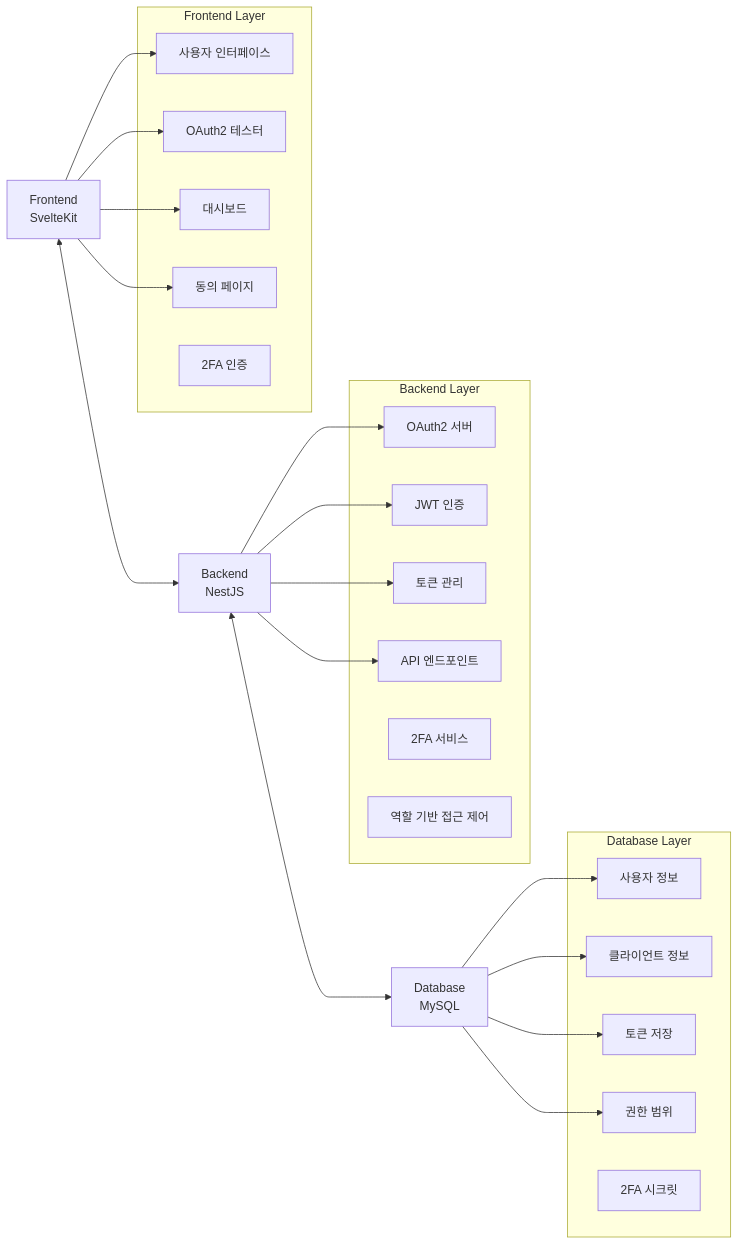
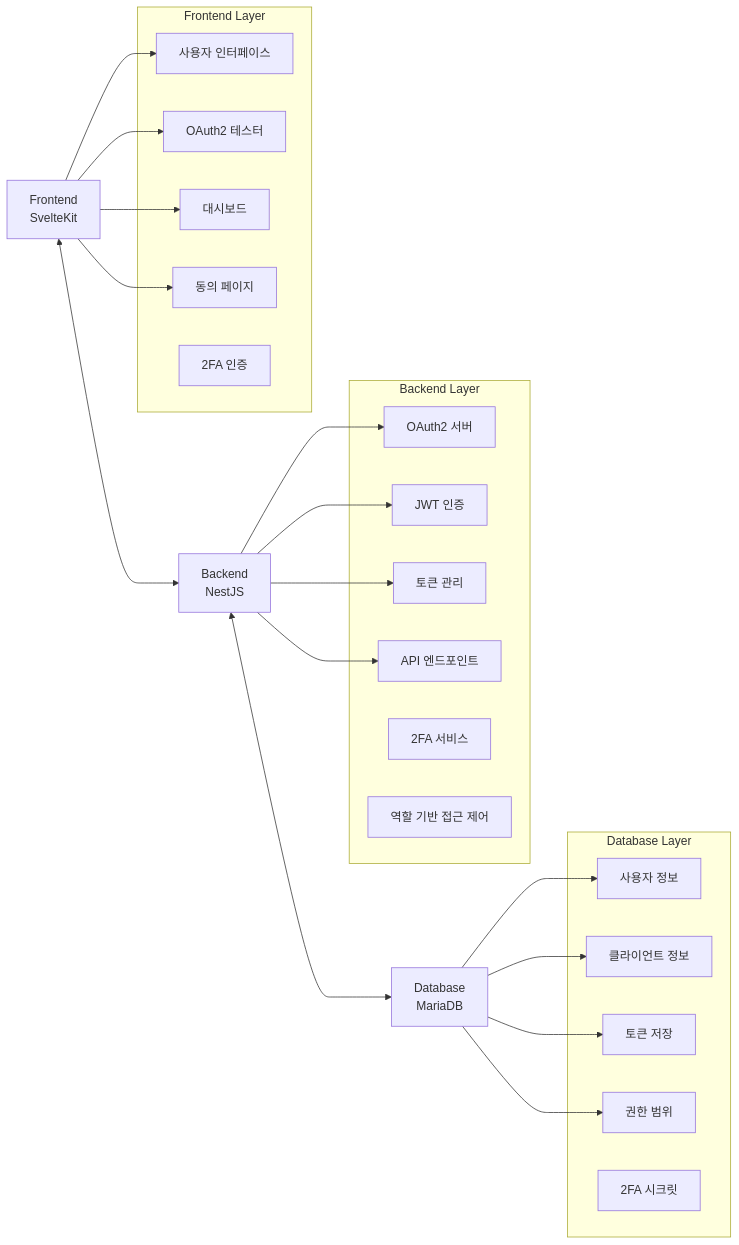
One commit to vientofactory/FlowAuth changed the diagram in README.md. Above: the diagram before and after it, drawn with Mermaid. The commit also changed other lines of this file and 2 other files, not shown here.

Commit message:
Update README to reflect Docker support and database changes; add docker-compose files for development setup; update subproject commit references for backend and frontend

````diff
--- a/README.md
+++ b/README.md
@@ -32,49 +32,49 @@
 ```mermaid
 flowchart LR
    FE[Frontend<br/>SvelteKit]
    BE[Backend<br/>NestJS]
-   DB[Database<br/>MySQL]
+   DB[Database<br/>MariaDB]
 
    FE <--> BE
    BE <--> DB
 
    subgraph "Frontend Layer"
       FE_UI[사용자 인터페이스]
       FE_Tester[OAuth2 테스터]
       FE_Dashboard[대시보드]
       FE_Consent[동의 페이지]
       FE_2FA[2FA 인증]
    end
 
    subgraph "Backend Layer"
       BE_OAuth2[OAuth2 서버]
       BE_JWT[JWT 인증]
       BE_Token[토큰 관리]
       BE_API[API 엔드포인트]
       BE_2FA[2FA 서비스]
       BE_RBAC[역할 기반 접근 제어]
    end
 
    subgraph "Database Layer"
       DB_User[사용자 정보]
       DB_Client[클라이언트 정보]
       DB_Token[토큰 저장]
       DB_Scope[권한 범위]
       DB_2FA[2FA 시크릿]
    end
 
    FE --> FE_UI
    FE --> FE_Tester
    FE --> FE_Dashboard
    FE --> FE_Consent
 
    BE --> BE_OAuth2
    BE --> BE_JWT
    BE --> BE_Token
    BE --> BE_API
 
    DB --> DB_User
    DB --> DB_Client
    DB --> DB_Token
    DB --> DB_Scope
 ```
````
